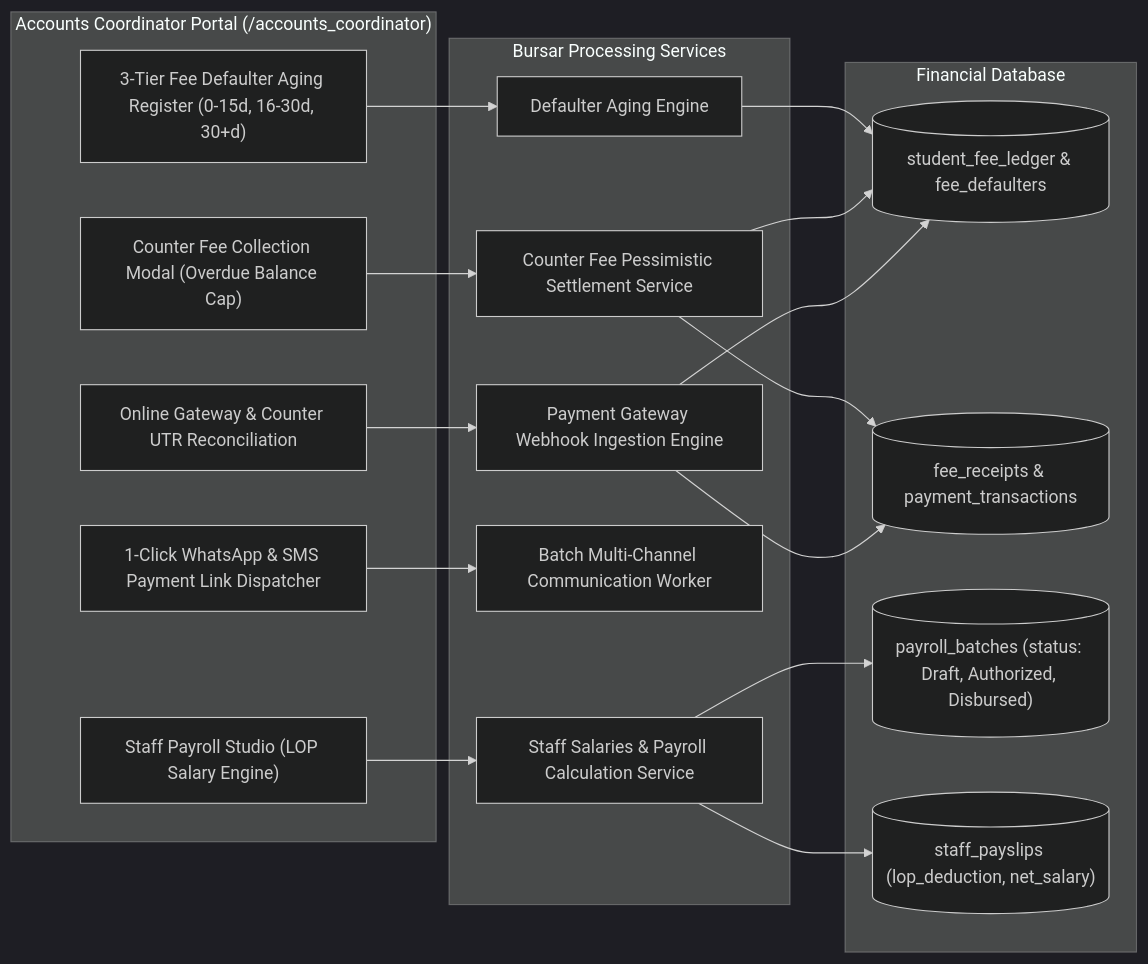
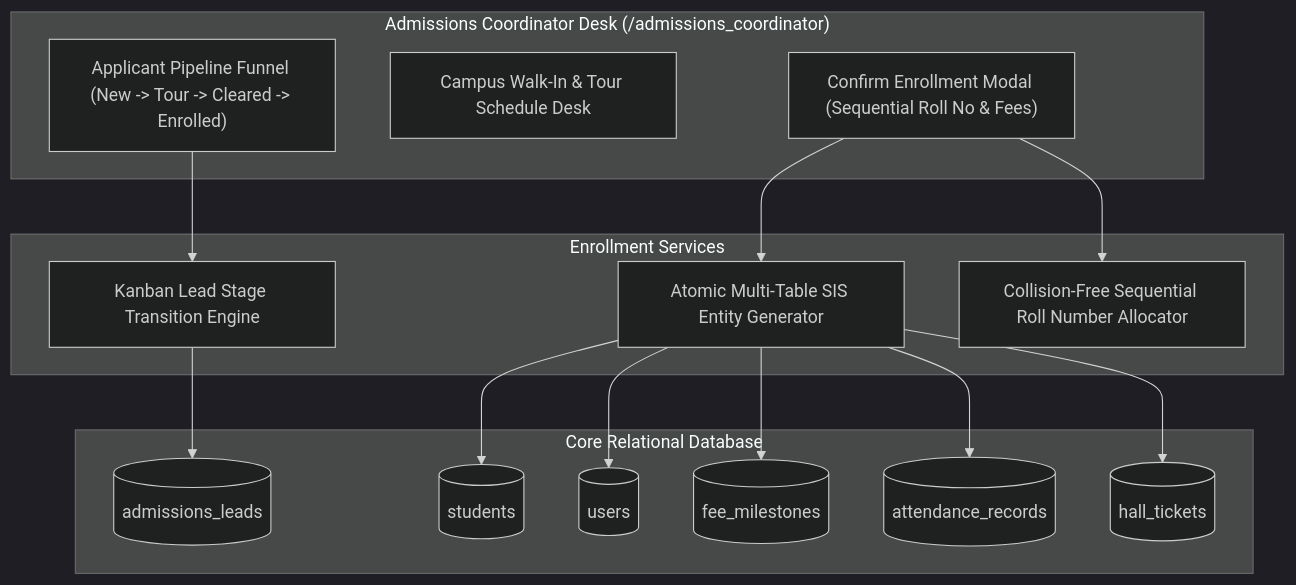
Before and after one commit to DiradzProducts/EDU360: diagram 16 of 20 in docs/architecture/ROLE_WISE_ARCHITECTURE_AND_WORKFLOWS.md, drawn with Mermaid (dark theme). The commit also changed other lines of this file and 54 other files, not shown here.

Commit message:
feat(core): synchronize cross-role workflows, dynamic surveillance, and v10.0 architecture

````diff
--- a/docs/architecture/ROLE_WISE_ARCHITECTURE_AND_WORKFLOWS.md
+++ b/docs/architecture/ROLE_WISE_ARCHITECTURE_AND_WORKFLOWS.md
@@ -656,31 +690,27 @@
 ```mermaid
-graph LR
-    subgraph AccountsConsole ["Accounts Coordinator Portal (/accounts_coordinator)"]
-        UI_AGING_GRID["3-Tier Fee Defaulter Aging Register (0-15d, 16-30d, 30+d)"]
-        UI_COUNTER_POS["Counter Fee Collection Modal (Overdue Balance Cap)"]
-        UI_PAYROLL_STUDIO["Staff Payroll Studio (LOP Salary Engine)"]
-        UI_DISPATCH["1-Click WhatsApp & SMS Payment Link Dispatcher"]
-        UI_RECON["Online Gateway & Counter UTR Reconciliation"]
+graph TD
+    subgraph AdmissionsDesk ["Admissions Coordinator Desk (/admissions_coordinator)"]
+        UI_KANBAN["Applicant Pipeline Funnel (New -> Tour -> Cleared -> Enrolled)"]
+        UI_TOURS["Campus Walk-In & Tour Schedule Desk"]
+        UI_ENROLL_MODAL["Confirm Enrollment Modal (Sequential Roll No & Fees)"]
     end
 
-    subgraph AccountsEngines ["Bursar Processing Services"]
-        AGING_CALC["Defaulter Aging Engine"]
-        PAYROLL_ENG["Staff Salaries & Payroll Calculation Service"]
-        COUNTER_COLLECT["Counter Fee Pessimistic Settlement Service"]
-        BROADCAST_SVC["Batch Multi-Channel Communication Worker"]
-        GATEWAY_RECON["Payment Gateway Webhook Ingestion Engine"]
+    subgraph AdmissionsServices ["Enrollment Services"]
+        LEAD_ORCH["Kanban Lead Stage Transition Engine"]
+        PROVISION_ENGINE["Atomic Multi-Table SIS Entity Generator"]
+        ROLL_SEQ["Collision-Free Sequential Roll Number Allocator"]
     end
 
-    subgraph AccountsLedgers ["Financial Database"]
-        DB_FEE_LEDGER[("student_fee_ledger & fee_defaulters")]
-        DB_RECEIPTS[("fee_receipts & payment_transactions")]
-        DB_PAYROLL_BATCH[("payroll_batches (status: Draft, Authorized, Disbursed)")]
-        DB_PAYSLIPS[("staff_payslips (lop_deduction, net_salary)")]
+    subgraph TargetSISSchema ["Core Relational Database"]
+        DB_LEADS[("admissions_leads")]
+        DB_STUDENTS[("students")]
+        DB_USERS[("users")]
+        DB_FEES[("fee_milestones")]
+        DB_ATT[("attendance_records")]
+        DB_TICKETS[("hall_tickets")]
     end
 
-    UI_AGING_GRID --> AGING_CALC --> DB_FEE_LEDGER
-    UI_COUNTER_POS --> COUNTER_COLLECT --> DB_FEE_LEDGER & DB_RECEIPTS
-    UI_PAYROLL_STUDIO --> PAYROLL_ENG --> DB_PAYROLL_BATCH & DB_PAYSLIPS
-    UI_DISPATCH --> BROADCAST_SVC
-    UI_RECON --> GATEWAY_RECON --> DB_FEE_LEDGER & DB_RECEIPTS
+    UI_KANBAN --> LEAD_ORCH --> DB_LEADS
+    UI_ENROLL_MODAL --> ROLL_SEQ & PROVISION_ENGINE
+    PROVISION_ENGINE --> DB_STUDENTS & DB_USERS & DB_FEES & DB_ATT & DB_TICKETS
 ```
````
